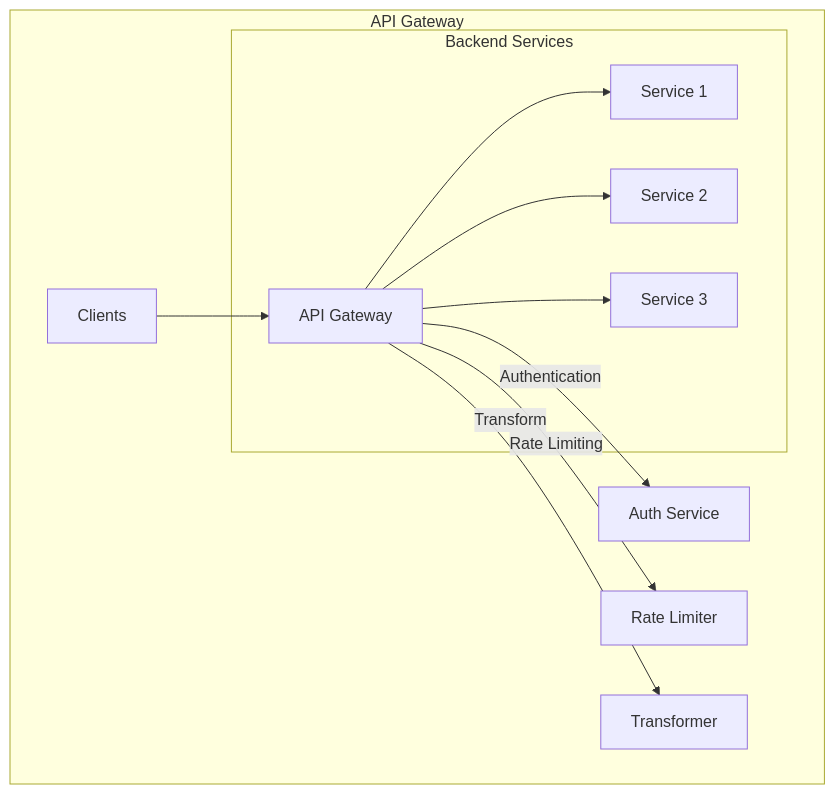
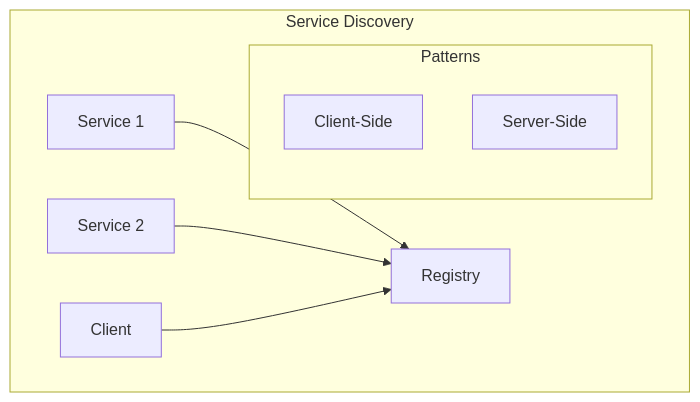
The sixth of 6 diagrams in src/Network_and_Protocol_Design.md (saravanakumarrc/Architecture_Journey), drawn with Mermaid before and after one commit. The commit also changed other lines of this file and 7 other files, not shown here.

First line of the commit message:
Refactor Trade-off Analysis documentation and enhance architecture governance models

````diff
--- a/src/Network_and_Protocol_Design.md
+++ b/src/Network_and_Protocol_Design.md
@@ -198,16 +379,14 @@
 ```mermaid
 graph TB
-    subgraph "API Gateway"
-        C[Clients] --> AG[API Gateway]
+    subgraph "Service Discovery"
+        R[Registry]
+        S1[Service 1] --> R
+        S2[Service 2] --> R
+        C[Client] --> R
         
-        AG --> |Authentication| Auth[Auth Service]
-        AG --> |Rate Limiting| RL[Rate Limiter]
-        AG --> |Transform| T[Transformer]
-        
-        subgraph "Backend Services"
-            AG --> S1[Service 1]
-            AG --> S2[Service 2]
-            AG --> S3[Service 3]
+        subgraph "Patterns"
+            CS[Client-Side]
+            SS[Server-Side]
         end
     end
 ```
````
